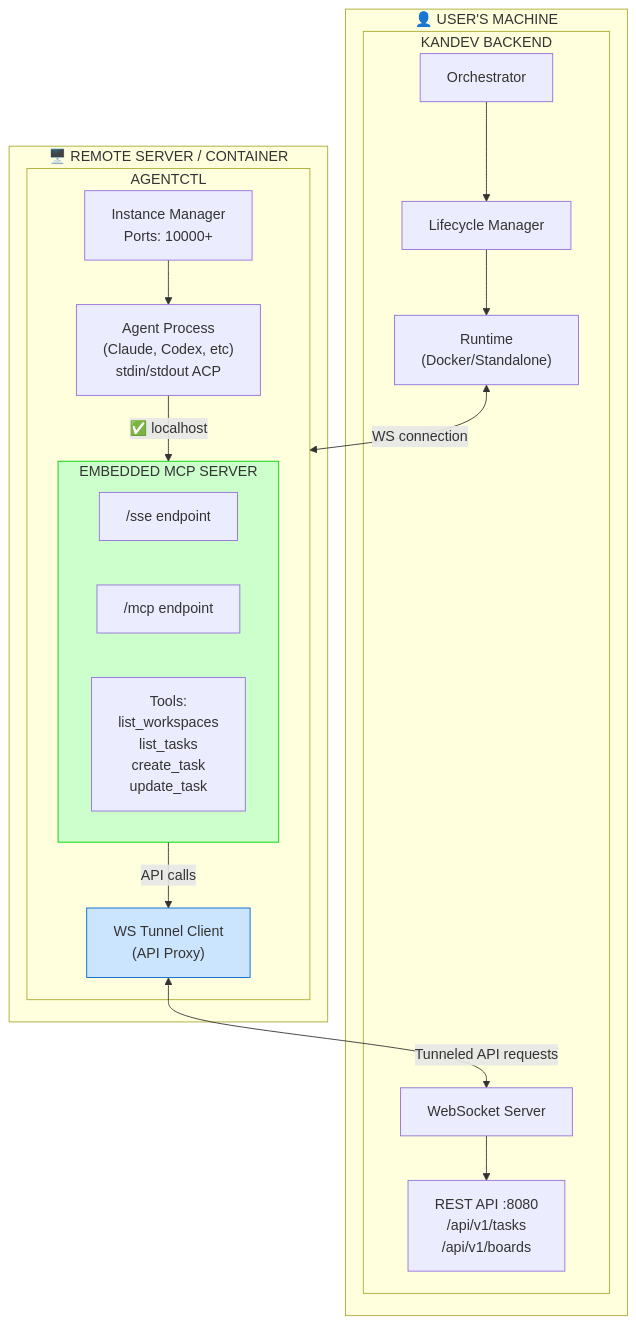
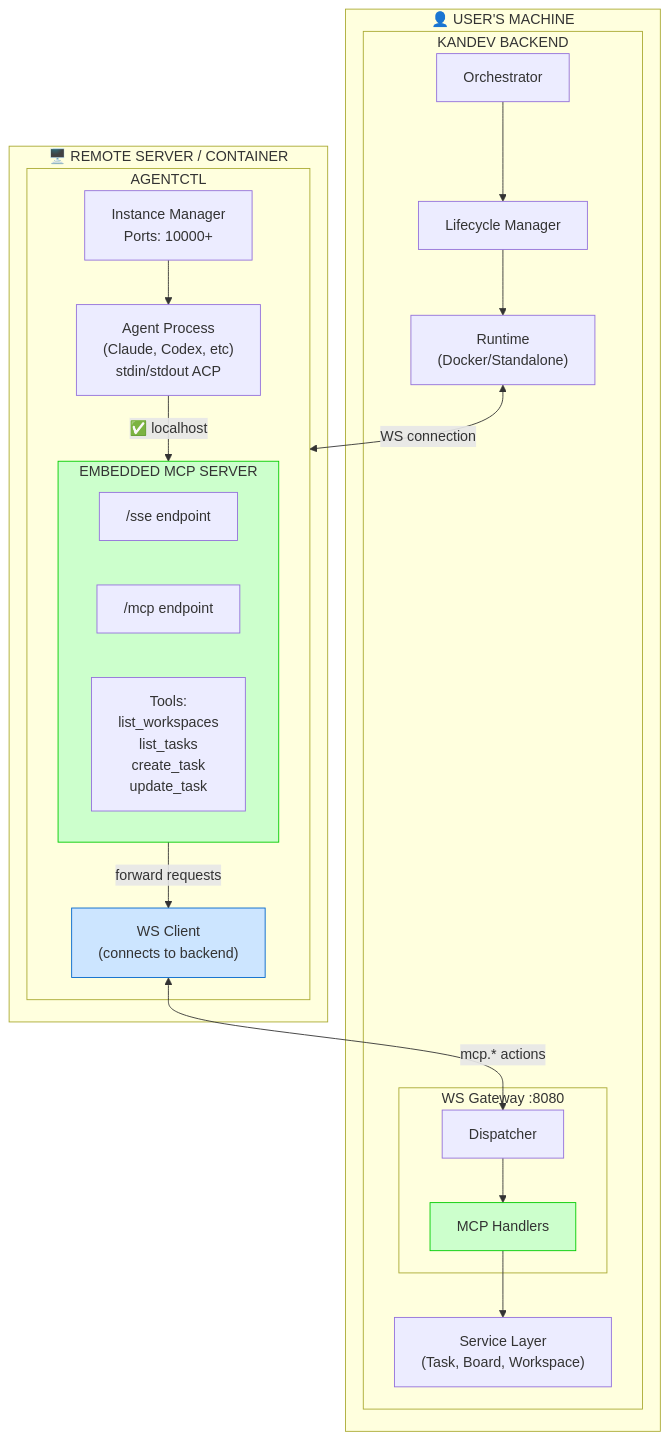
One commit to kdlbs/kandev changed the second of 5 diagrams in docs/architecture/mcp-agentctl-migration.md. Above: the diagram before and after it, drawn with Mermaid. The commit also changed other lines of this file, not shown here.

First line of the commit message:
docs: add backend internal architecture with WS Dispatcher pattern

````diff
--- a/docs/architecture/mcp-agentctl-migration.md
+++ b/docs/architecture/mcp-agentctl-migration.md
@@ -62,42 +62,49 @@
 ```mermaid
 flowchart TB
     subgraph UserMachine["👤 USER'S MACHINE"]
         subgraph Backend["KANDEV BACKEND"]
             Orchestrator["Orchestrator"]
             Lifecycle["Lifecycle Manager"]
             Runtime["Runtime<br/>(Docker/Standalone)"]
-            API["REST API :8080<br/>/api/v1/tasks<br/>/api/v1/boards"]
-            WSServer["WebSocket Server"]
+
+            subgraph WSGateway["WS Gateway :8080"]
+                Dispatcher["Dispatcher"]
+                MCPHandlers["MCP Handlers"]
+            end
+
+            Services["Service Layer<br/>(Task, Board, Workspace)"]
 
             Orchestrator --> Lifecycle
             Lifecycle --> Runtime
+            Dispatcher --> MCPHandlers
+            MCPHandlers --> Services
         end
     end
 
     subgraph Remote["🖥️ REMOTE SERVER / CONTAINER"]
         subgraph Agentctl["AGENTCTL"]
             InstanceMgr["Instance Manager<br/>Ports: 10000+"]
 
             subgraph MCPServer["EMBEDDED MCP SERVER"]
                 SSE["/sse endpoint"]
                 MCP["/mcp endpoint"]
                 Tools["Tools:<br/>list_workspaces<br/>list_tasks<br/>create_task<br/>update_task"]
             end
 
-            WSTunnel["WS Tunnel Client<br/>(API Proxy)"]
+            WSTunnel["WS Client<br/>(connects to backend)"]
 
             Agent["Agent Process<br/>(Claude, Codex, etc)<br/>stdin/stdout ACP"]
 
             InstanceMgr --> Agent
-            MCPServer -->|"API calls"| WSTunnel
+            MCPServer -->|"forward requests"| WSTunnel
             Agent -->|"✅ localhost"| MCPServer
         end
     end
 
     Runtime <-->|"WS connection"| Agentctl
-    WSTunnel <-->|"Tunneled API requests"| WSServer
-    WSServer --> API
+    WSTunnel <-->|"mcp.* actions"| Dispatcher
 
     style MCPServer fill:#ccffcc,stroke:#00cc00
     style WSTunnel fill:#cce5ff,stroke:#0066cc
+    style MCPHandlers fill:#ccffcc,stroke:#00cc00
 ```
````
